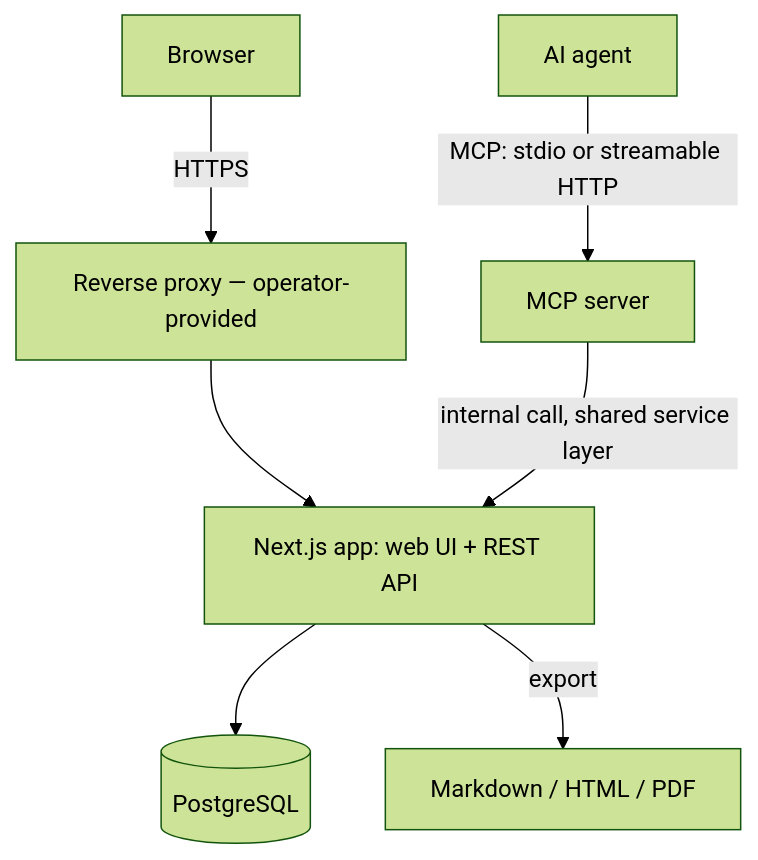
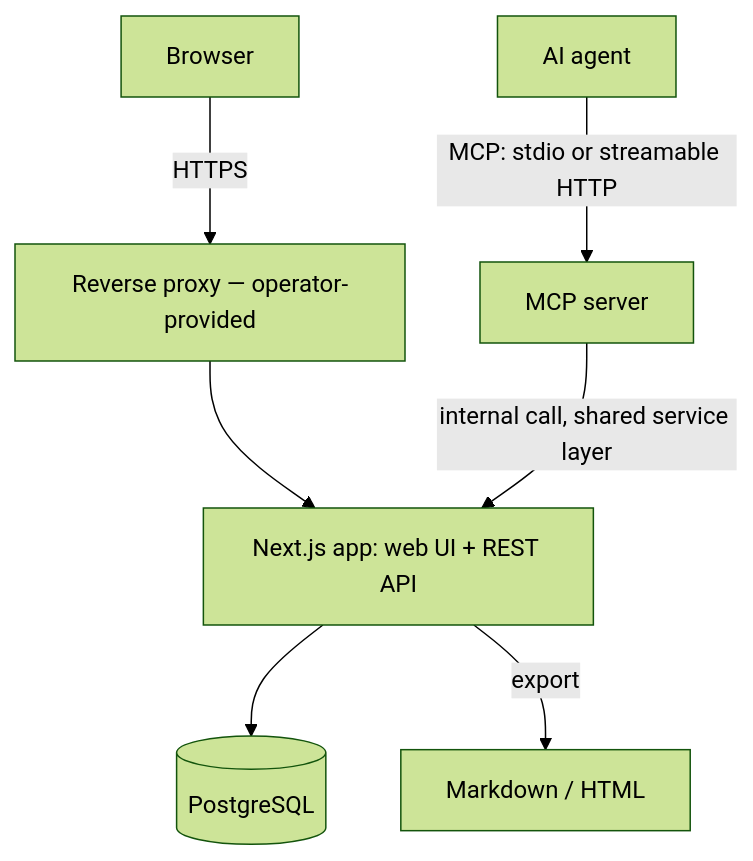
Before and after one commit to Dodecaidr/clewwiki: the first of 2 diagrams in docs/architecture.md, drawn with Mermaid (forest theme). The commit also changed 10 other files, not shown here.

````diff
--- a/docs/architecture.md
+++ b/docs/architecture.md
@@ -11,9 +11,9 @@
 ```mermaid
 flowchart TD
     Agent[AI agent] -->|MCP: stdio or streamable HTTP| MCP[MCP server]
     Human[Browser] -->|HTTPS| Proxy[Reverse proxy — operator-provided]
     Proxy --> App[Next.js app: web UI + REST API]
     MCP -->|internal call, shared service layer| App
     App --> DB[(PostgreSQL)]
-    App -->|export| Export[Markdown / HTML / PDF]
+    App -->|export| Export[Markdown / HTML]
 ```
````
